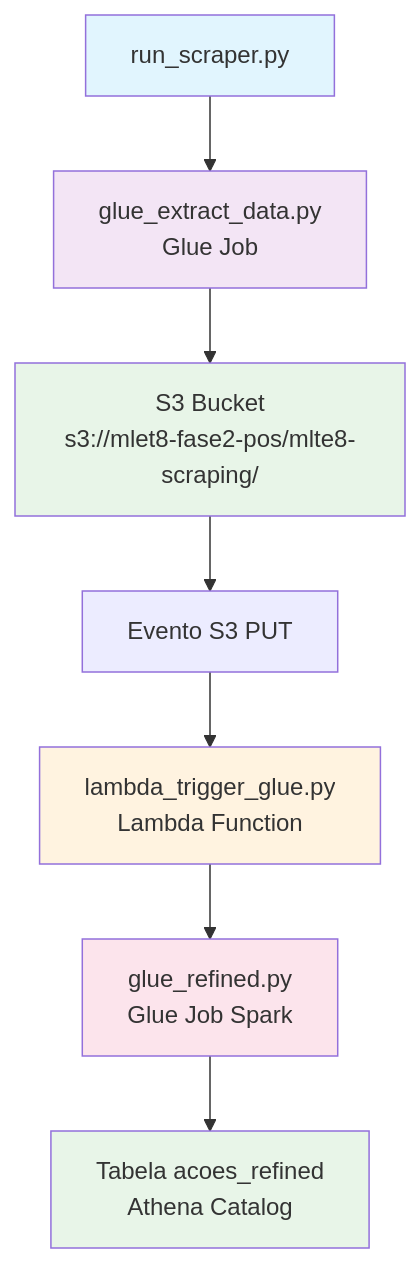
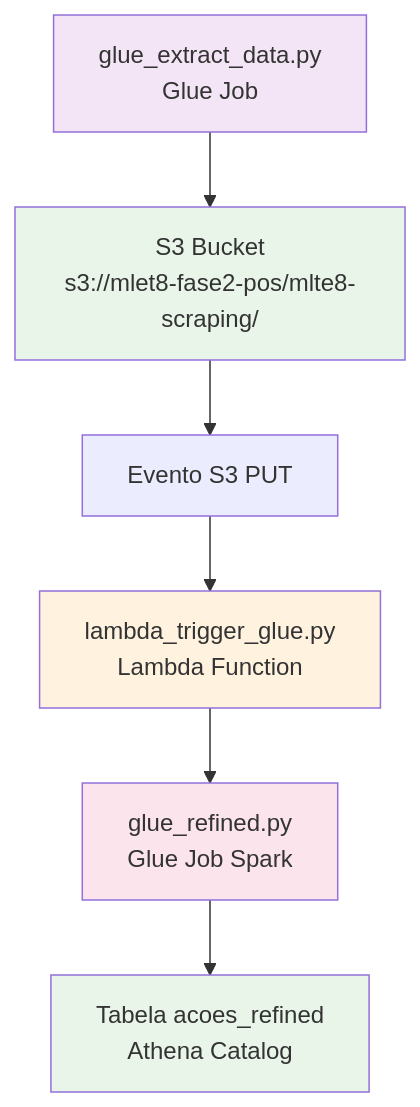
The first of 2 diagrams in technical_documentation.md (vagnerasilva/mle_tech_chalenge_2), drawn with Mermaid before and after one commit. The commit also changed other lines of this file and 4 other files, not shown here.

````diff
--- a/technical_documentation.md
+++ b/technical_documentation.md
@@ -20,16 +19,14 @@
 ```mermaid
 flowchart TD
-    A[run_scraper.py] --> B[glue_extract_data.py<br/>Glue Job]
-    B --> C[S3 Bucket<br/>s3://mlet8-fase2-pos/mlte8-scraping/]
-    C --> D[Evento S3 PUT]
-    D --> E[lambda_trigger_glue.py<br/>Lambda Function]
-    E --> F[glue_refined.py<br/>Glue Job Spark]
-    F --> G[Tabela acoes_refined<br/>Athena Catalog]
+    A[glue_extract_data.py<br/>Glue Job] --> B[S3 Bucket<br/>s3://mlet8-fase2-pos/mlte8-scraping/]
+    B --> C[Evento S3 PUT]
+    C --> D[lambda_trigger_glue.py<br/>Lambda Function]
+    D --> E[glue_refined.py<br/>Glue Job Spark]
+    E --> F[Tabela acoes_refined<br/>Athena Catalog]
     
-    style A fill:#e1f5fe
-    style B fill:#f3e5f5
-    style C fill:#e8f5e8
-    style E fill:#fff3e0
-    style F fill:#fce4ec
-    style G fill:#e8f5e8
+    style A fill:#f3e5f5
+    style B fill:#e8f5e8
+    style D fill:#fff3e0
+    style E fill:#fce4ec
+    style F fill:#e8f5e8
 ```
````
